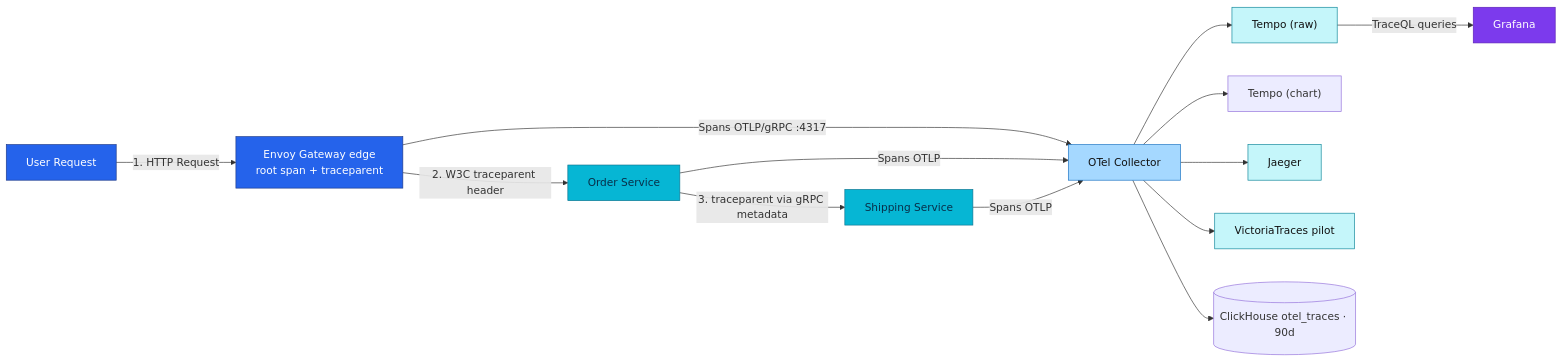
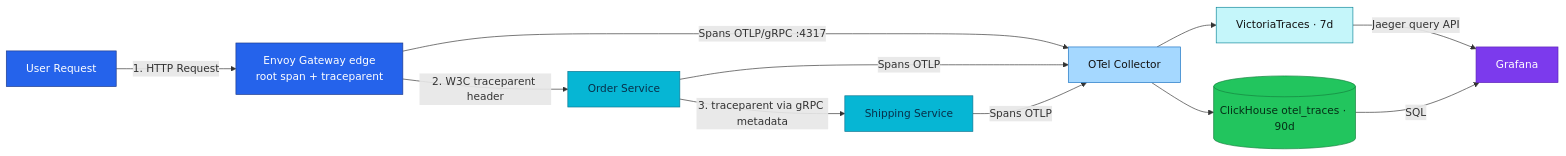
One commit to duynhlab/homelab changed the diagram in docs/observability/tracing/README.md. Above: the diagram before and after it, drawn with Mermaid. The commit also changed other lines of this file and 57 other files, not shown here.

````diff
--- a/docs/observability/tracing/README.md
+++ b/docs/observability/tracing/README.md
@@ -80,29 +78,29 @@
 ```mermaid
 flowchart LR
     A[User Request] -->|1. HTTP Request| K[Envoy Gateway edge<br/>root span + traceparent]
     K -->|2. W3C traceparent header| C[Order Service]
     C -->|3. traceparent via gRPC metadata| D[Shipping Service]
 
     K -->|Spans OTLP/gRPC :4317| O[OTel Collector]
     C -->|Spans OTLP| O
     D -->|Spans OTLP| O
 
-    O --> E["Tempo (raw)"]
-    O --> E2["Tempo (chart)"]
-    O --> J[Jaeger]
-    O --> V[VictoriaTraces pilot]
+    O --> V["VictoriaTraces · 7d"]
     O --> CH[("ClickHouse otel_traces · 90d")]
 
-    E -->|TraceQL queries| F[Grafana]
+    V -->|"Jaeger query API"| F[Grafana]
+    CH -->|"SQL"| F
 
     classDef edge fill:#2563eb,color:#fff,stroke:#1e3a8a;
     classDef service fill:#06b6d4,color:#082f49,stroke:#0e7490;
     classDef platform fill:#7c3aed,color:#fff,stroke:#5b21b6;
     classDef trace fill:#c5f6fa,color:#111,stroke:#0c8599;
     classDef collector fill:#a5d8ff,color:#111,stroke:#1971c2;
+    classDef data fill:#22c55e,color:#052e16,stroke:#15803d;
     class A,K edge;
     class C,D service;
     class O collector;
-    class E,J,V trace;
+    class V trace;
+    class CH data;
     class F platform;
 ```
````
